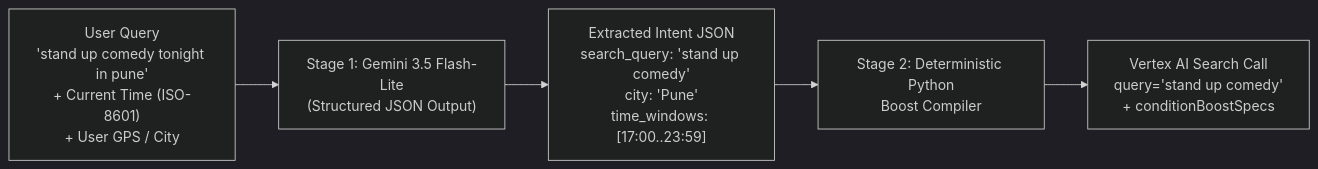
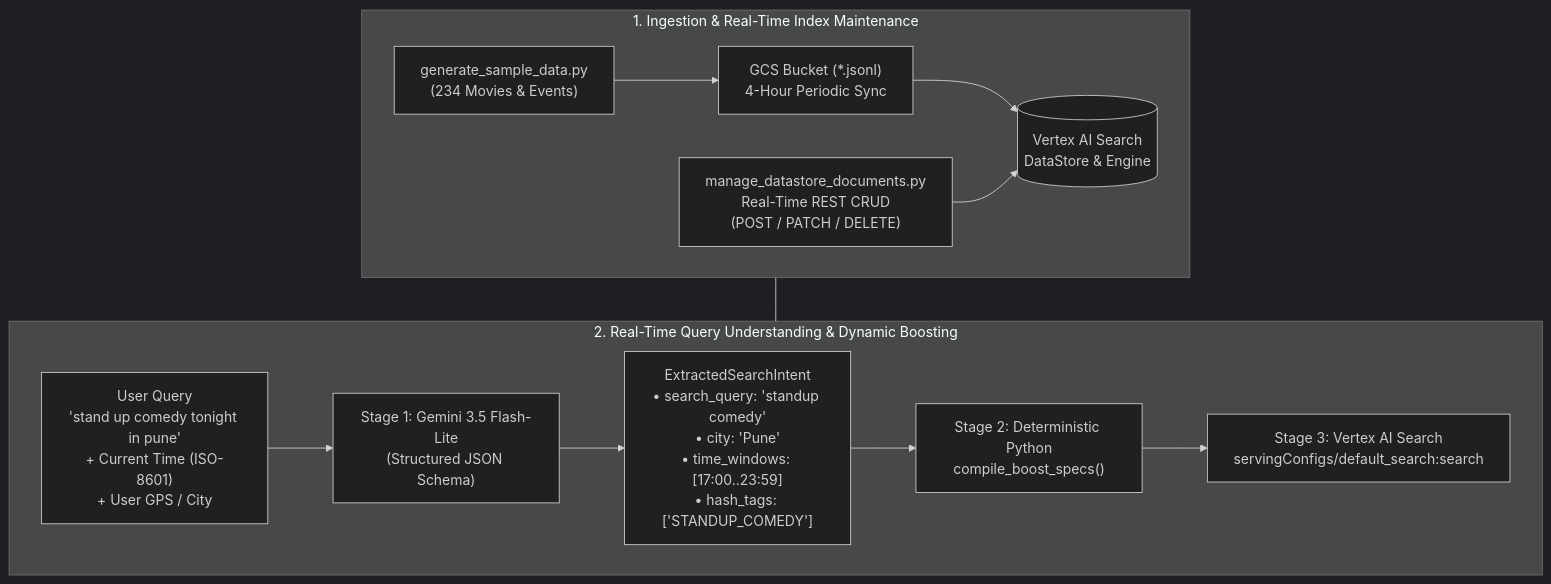
One commit to aksstar/Agent-Search changed the diagram in README.md. Above: the diagram before and after it, drawn with Mermaid (dark theme). The commit also changed other lines of this file, not shown here.

Commit message:
Improve README with full architecture diagram, repository file map, model comparison, and CRUD reference

````diff
--- a/README.md
+++ b/README.md
@@ -64,7 +45,19 @@
 ```mermaid
-flowchart LR
-    A["User Query\n'stand up comedy tonight in pune'\n+ Current Time (ISO-8601)\n+ User GPS / City"] --> B["Stage 1: Gemini 3.5 Flash-Lite\n(Structured JSON Output)"]
-    B --> C["Extracted Intent JSON\nsearch_query: 'stand up comedy'\ncity: 'Pune'\ntime_windows: [17:00..23:59]"]
-    C --> D["Stage 2: Deterministic Python\nBoost Compiler"]
-    D --> E["Vertex AI Search Call\nquery='stand up comedy'\n+ conditionBoostSpecs"]
+flowchart TB
+    subgraph Ingestion["1. Ingestion & Real-Time Index Maintenance"]
+        direction LR
+        GEN["generate_sample_data.py\n(234 Movies & Events)"] --> JSONL["GCS Bucket (*.jsonl)\n4-Hour Periodic Sync"]
+        JSONL --> DS[("Vertex AI Search\nDataStore & Engine")]
+        CRUD["manage_datastore_documents.py\nReal-Time REST CRUD\n(POST / PATCH / DELETE)"] --> DS
+    end
+
+    subgraph QueryPlane["2. Real-Time Query Understanding & Dynamic Boosting"]
+        direction LR
+        UQ["User Query\n'stand up comedy tonight in pune'\n+ Current Time (ISO-8601)\n+ User GPS / City"] --> LLM["Stage 1: Gemini 3.5 Flash-Lite\n(Structured JSON Schema)"]
+        LLM --> INTENT["ExtractedSearchIntent\n• search_query: 'standup comedy'\n• city: 'Pune'\n• time_windows: [17:00..23:59]\n• hash_tags: ['STANDUP_COMEDY']"]
+        INTENT --> COMP["Stage 2: Deterministic Python\ncompile_boost_specs()"]
+        COMP --> SEARCH["Stage 3: Vertex AI Search\nservingConfigs/default_search:search"]
+    end
+
+    DS --- SEARCH
 ```
````
